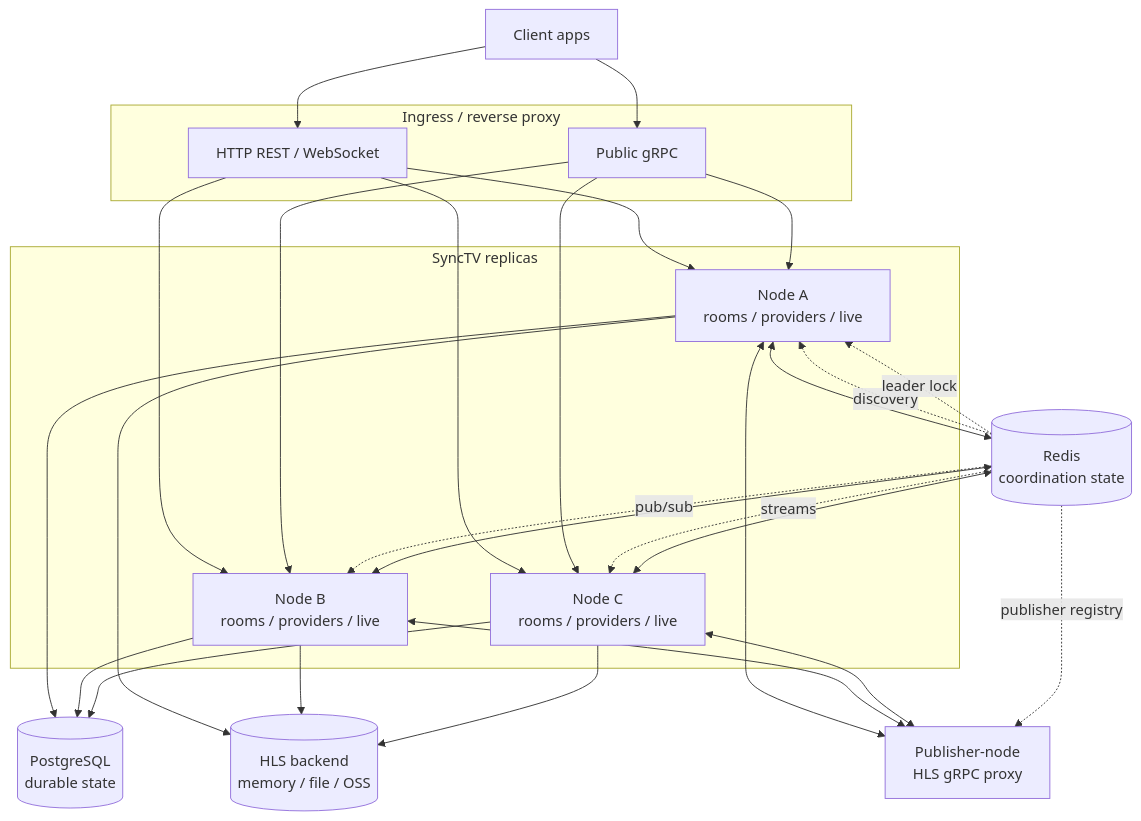
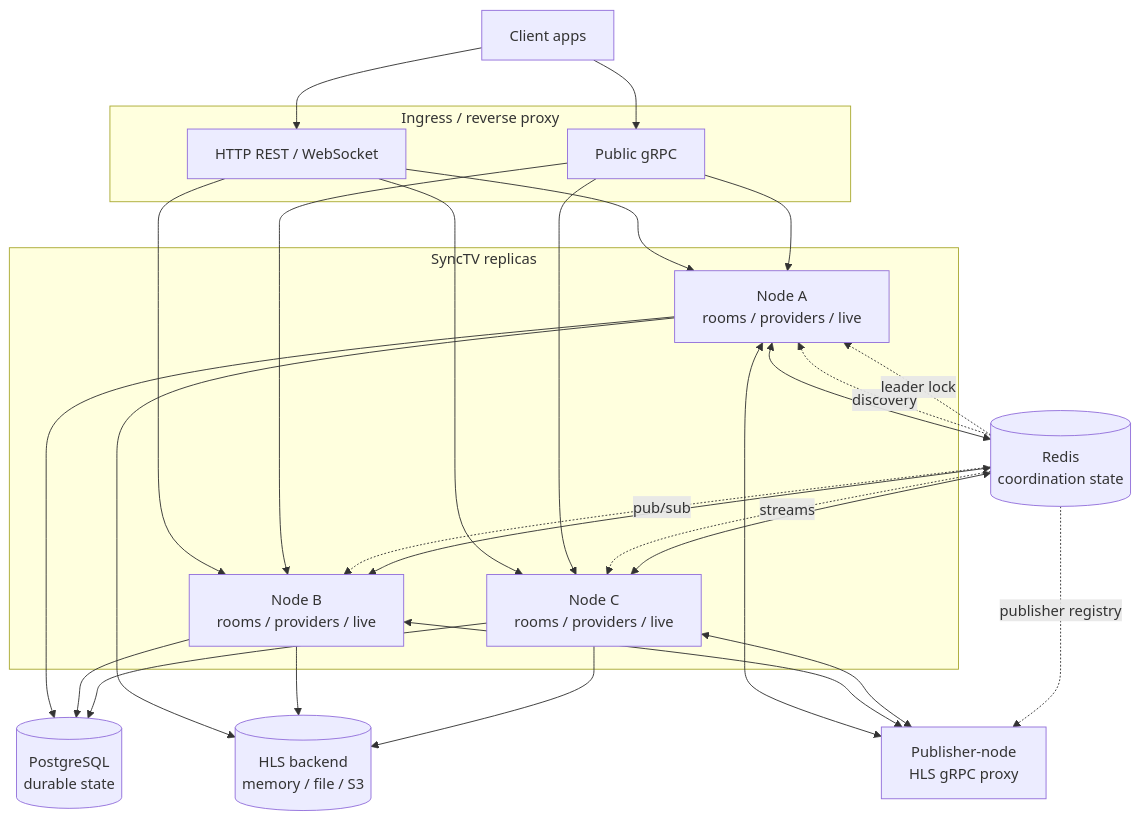
Before and after one commit to synctv-org/synctv: the diagram in docs/src/diagrams/cluster-runtime.mmd, drawn with Mermaid. The commit also changed 162 other files, not shown here.

```diff
--- a/docs/src/diagrams/cluster-runtime.mmd
+++ b/docs/src/diagrams/cluster-runtime.mmd
@@ -1,46 +1,46 @@
 flowchart TB
   Client[Client apps]
 
   subgraph Edge["Ingress / reverse proxy"]
     HTTP[HTTP REST / WebSocket]
     GRPC[Public gRPC]
   end
 
   subgraph Nodes["SyncTV replicas"]
     A[Node A<br/>rooms / providers / live]
     B[Node B<br/>rooms / providers / live]
     C[Node C<br/>rooms / providers / live]
   end
 
   PG[(PostgreSQL<br/>durable state)]
   Redis[(Redis<br/>coordination state)]
-  HLS[(HLS backend<br/>memory / file / OSS)]
+  HLS[(HLS backend<br/>memory / file / S3)]
   HLSProxy[Publisher-node<br/>HLS gRPC proxy]
 
   Client --> HTTP
   Client --> GRPC
   HTTP --> A
   HTTP --> B
   HTTP --> C
   GRPC --> A
   GRPC --> B
   GRPC --> C
 
   A --> PG
   B --> PG
   C --> PG
   A <--> Redis
   B <--> Redis
   C <--> Redis
   A --> HLS
   B --> HLS
   C --> HLS
   A <--> HLSProxy
   B <--> HLSProxy
   C <--> HLSProxy
 
   Redis -. discovery .-> A
   Redis -. pub/sub .-> B
   Redis -. streams .-> C
   Redis -. leader lock .-> A
   Redis -. publisher registry .-> HLSProxy
```
